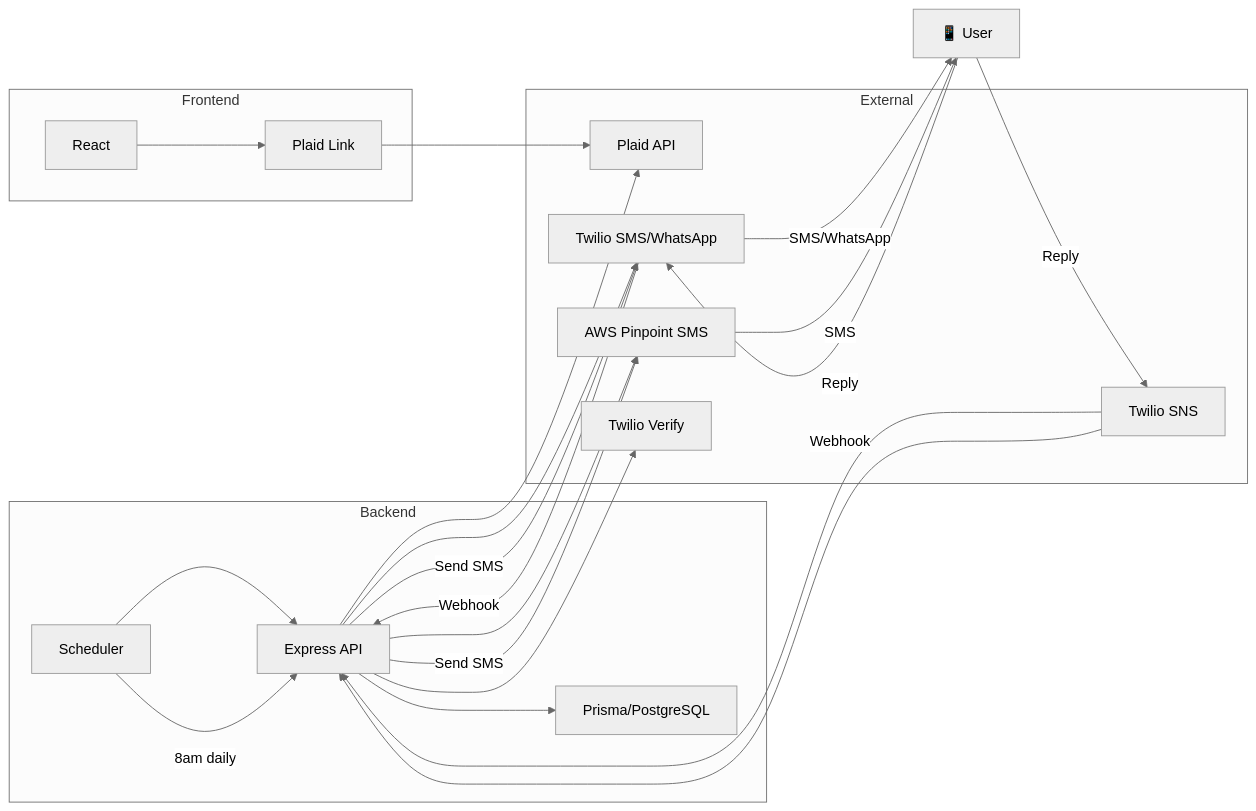
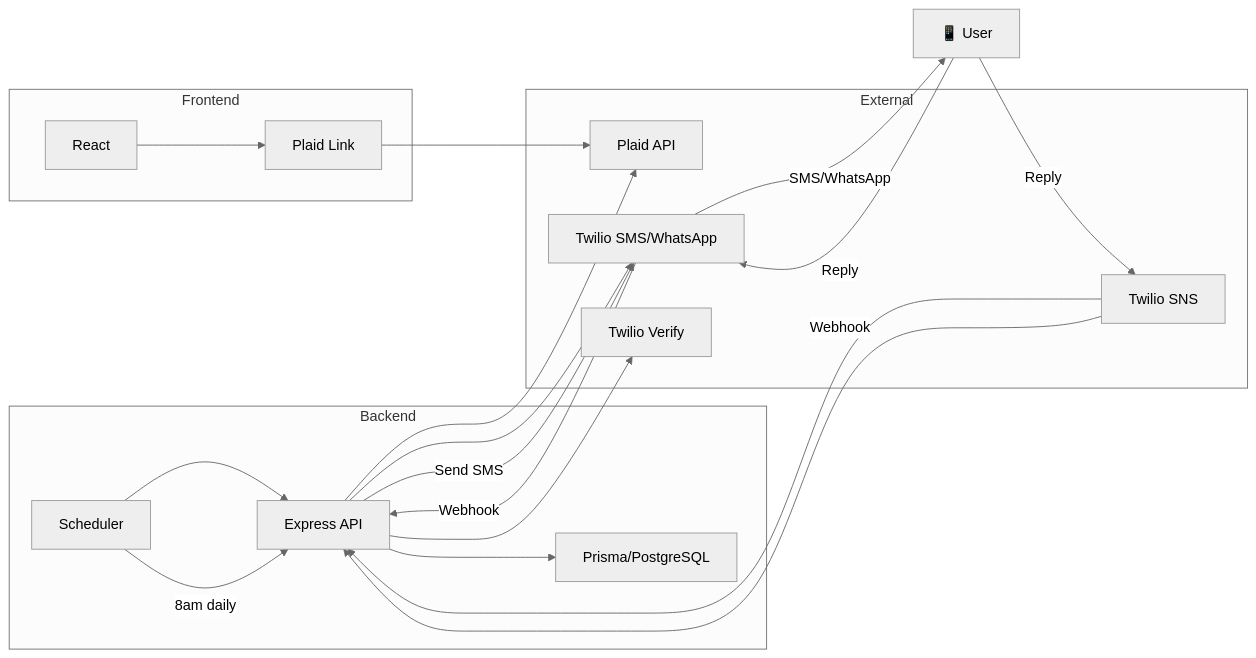
Before and after one commit to tunaSandwich/moony: the diagram in README.md, drawn with Mermaid (neutral theme). The commit also changed other lines of this file, not shown here.

Commit message:
Add onboarding screen video to README.md

````diff
--- a/README.md
+++ b/README.md
@@ -8,30 +7,27 @@
 ```mermaid
   flowchart LR
       subgraph Frontend
           A[React] --> B[Plaid Link]
       end
 
       subgraph Backend
           C[Express API] --> D[Prisma/PostgreSQL]
           E[Scheduler] --> C
       end
 
       subgraph External
           B --> F[Plaid API]
           C --> F
           C --> G[Twilio SMS/WhatsApp]
-          C --> H[AWS Pinpoint SMS]
           C --> I[Twilio Verify]
           J[Twilio SNS] --> C
       end
 
       E -->|8am daily| C
       C -->|Send SMS| G
-      C -->|Send SMS| H
       G -->|SMS/WhatsApp| K[📱 User]
-      H -->|SMS| K
       K -->|Reply| G
       K -->|Reply| J
       G -->|Webhook| C
       J -->|Webhook| C
 ```
````
